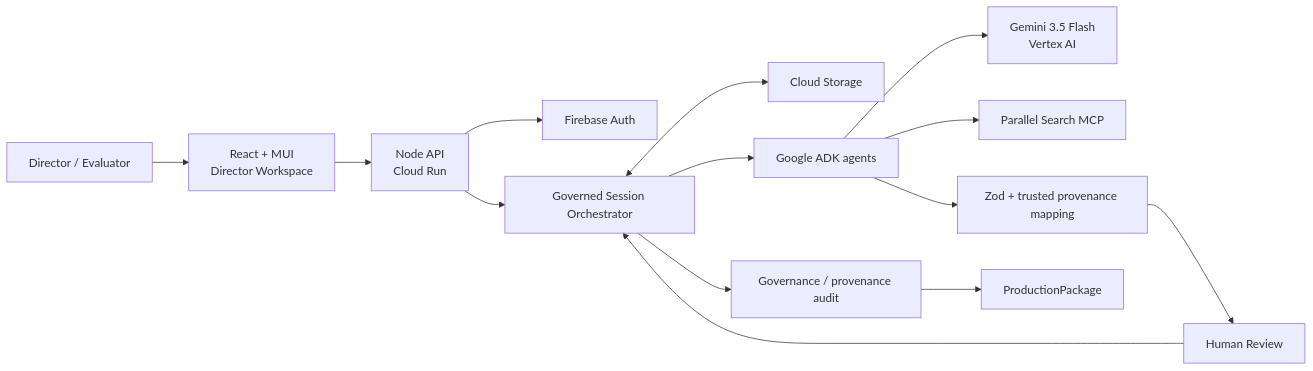
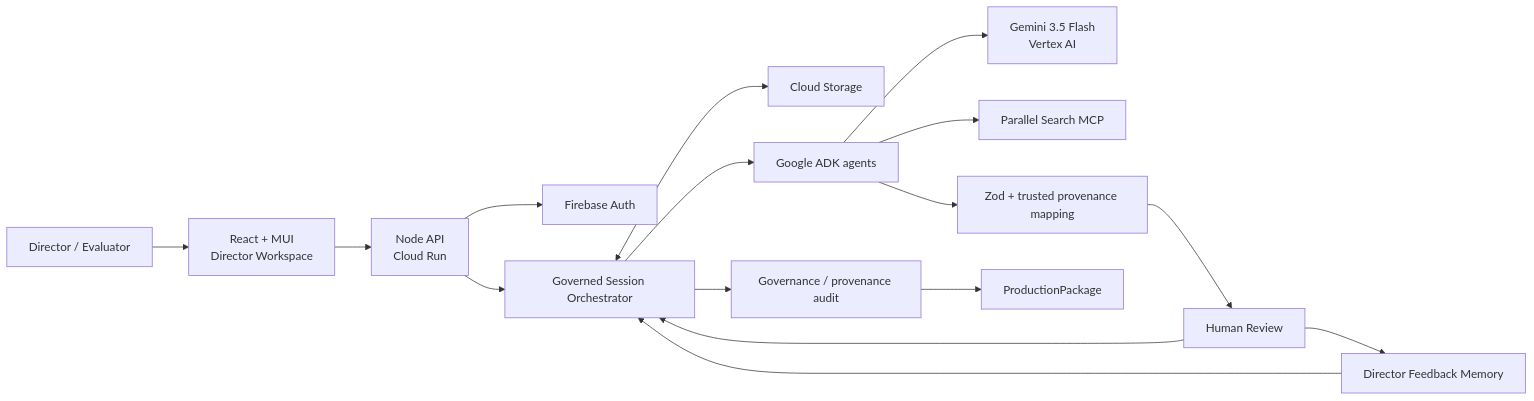
The diagram in README.md (amin076/tital), drawn with Mermaid before and after one commit. The commit also changed other lines of this file and 47 other files, not shown here.

````diff
--- a/README.md
+++ b/README.md
@@ -182,25 +186,27 @@
 ```mermaid
 flowchart LR
     U[Director / Evaluator]
     WEB[React + MUI\nDirector Workspace]
     API[Node API\nCloud Run]
     AUTH[Firebase Auth]
     ORCH[Governed Session Orchestrator]
     STORE[Cloud Storage]
     ADK[Google ADK agents]
     GEM[Gemini 3.5 Flash\nVertex AI]
     PAR[Parallel Search MCP]
     VALID[Zod + trusted provenance mapping]
     HUMAN[Human Review]
+    MEMORY[Director Feedback Memory]
     AUDIT[Governance / provenance audit]
     PKG[ProductionPackage]
 
     U --> WEB --> API
     API --> AUTH
     API --> ORCH
     ORCH <--> STORE
     ORCH --> ADK --> GEM
     ADK --> PAR
     ADK --> VALID --> HUMAN --> ORCH
+    HUMAN --> MEMORY --> ORCH
     ORCH --> AUDIT --> PKG
 ```
````
